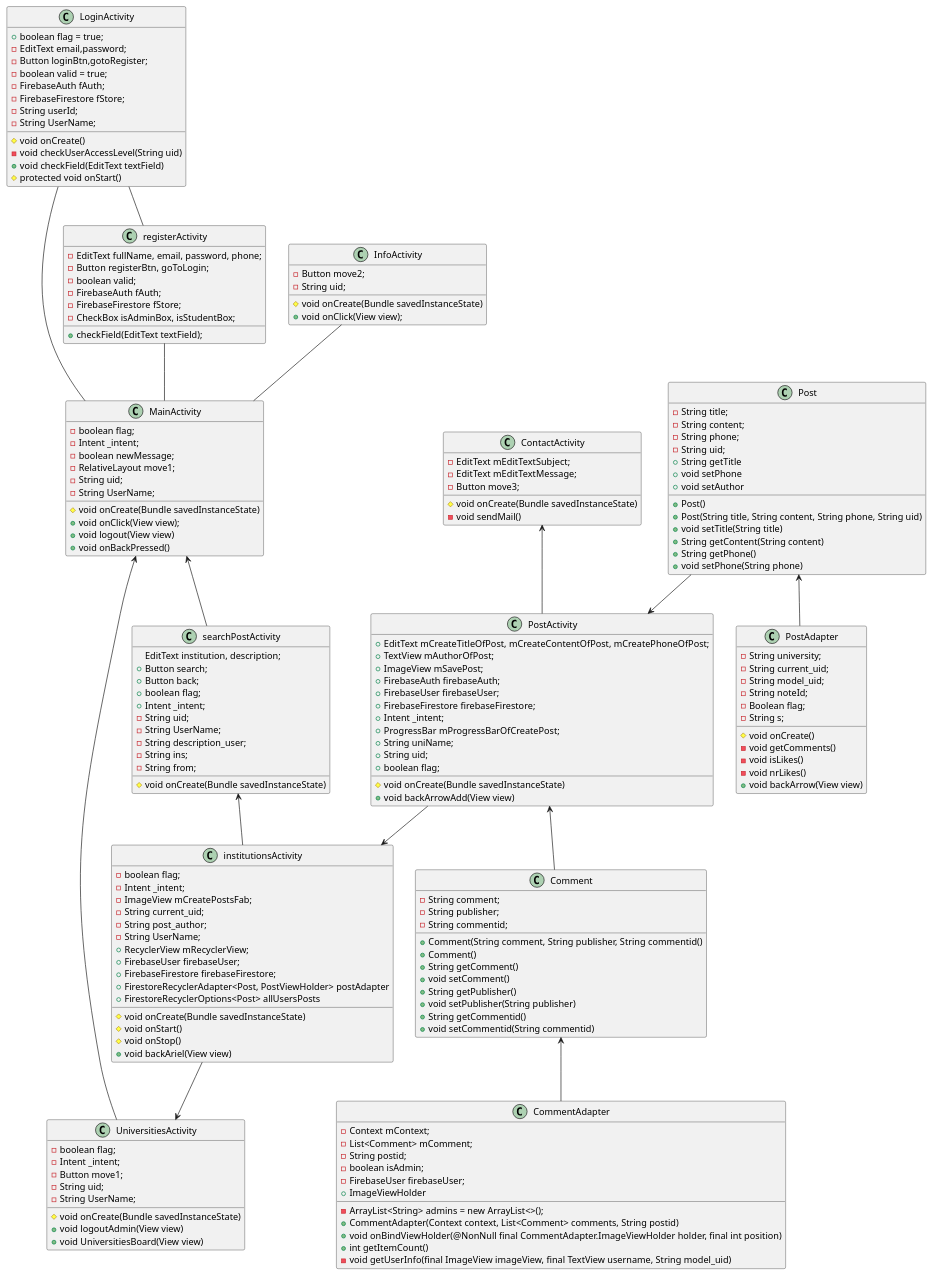
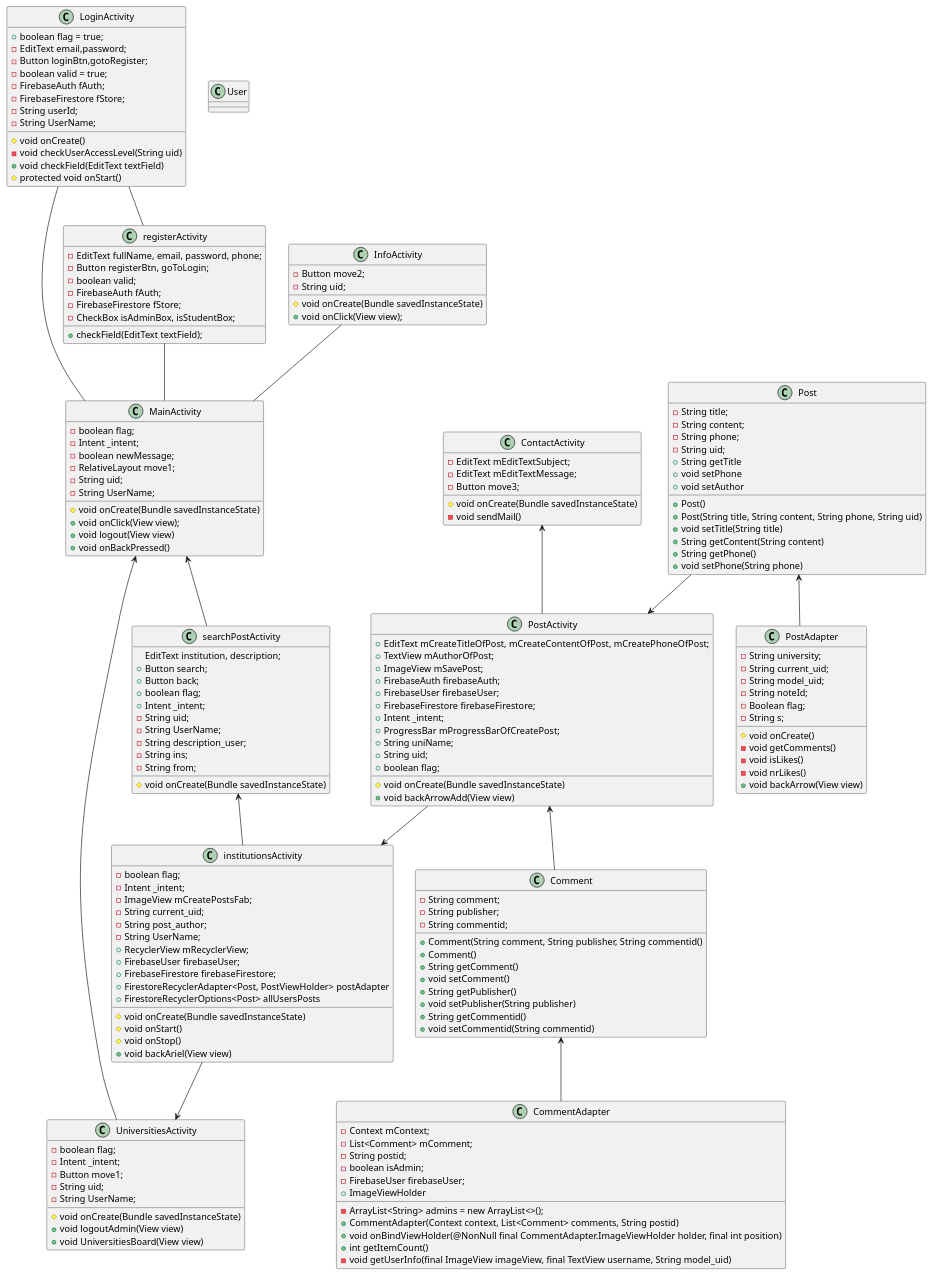
One commit to dvirbo/Students-without-standards changed the diagram in app/src/main/java/com/se/sws/UML/class_UML.puml. Above: the diagram before and after it, drawn with PlantUML. The commit also changed 1 other file, not shown here.

Commit message:
return user class

```diff
--- a/app/src/main/java/com/se/sws/UML/class_UML.puml
+++ b/app/src/main/java/com/se/sws/UML/class_UML.puml
@@ -192,4 +192,10 @@
 
 ContactActivity <-- PostActivity
 
+
+class User{
+
+
+
+}
 @enduml
```
